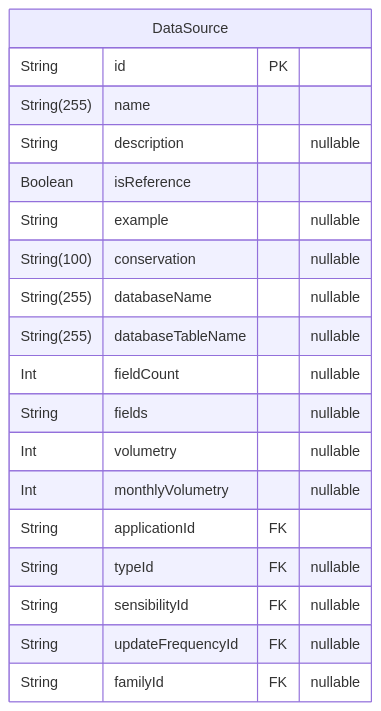
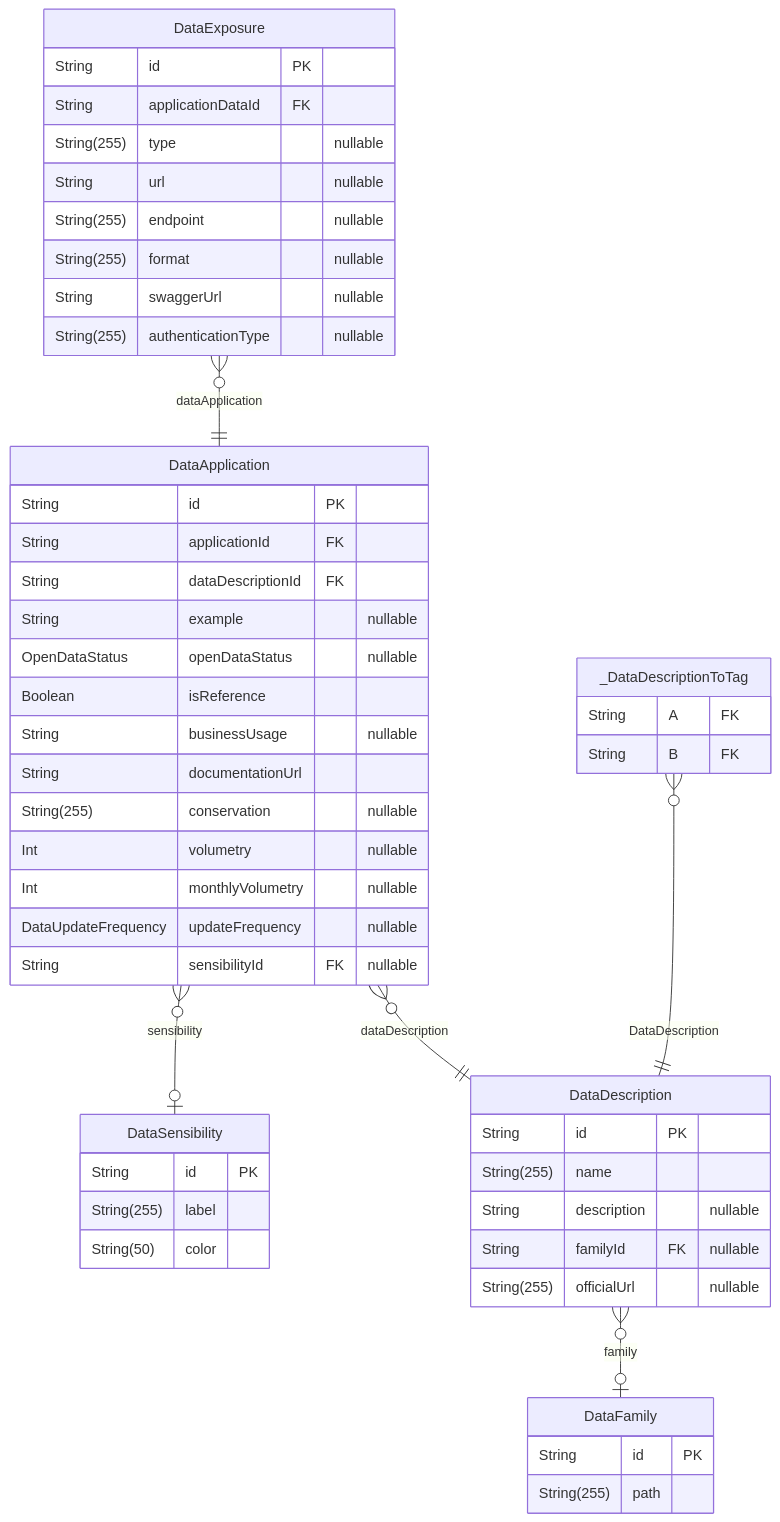
The fourth of 13 diagrams in backend/prisma/docs/schema.md (dnum-mi/referentiel-applications), drawn with Mermaid before and after one commit. The commit also changed other lines of this file and 40 other files, not shown here.

````diff
--- a/backend/prisma/docs/schema.md
+++ b/backend/prisma/docs/schema.md
@@ -363,22 +377,53 @@
 ```mermaid
 erDiagram
-"DataSource" {
+"DataFamily" {
+  String id PK
+  String(255) path
+}
+"DataSensibility" {
+  String id PK
+  String(255) label
+  String(50) color
+}
+"DataDescription" {
   String id PK
   String(255) name
   String description "nullable"
+  String familyId FK "nullable"
+  String(255) officialUrl "nullable"
+}
+"DataApplication" {
+  String id PK
+  String applicationId FK
+  String dataDescriptionId FK
+  String example "nullable"
+  OpenDataStatus openDataStatus "nullable"
   Boolean isReference
-  String example "nullable"
-  String(100) conservation "nullable"
-  String(255) databaseName "nullable"
-  String(255) databaseTableName "nullable"
-  Int fieldCount "nullable"
-  String fields "nullable"
+  String businessUsage "nullable"
+  String documentationUrl
+  String(255) conservation "nullable"
   Int volumetry "nullable"
   Int monthlyVolumetry "nullable"
-  String applicationId FK
-  String typeId FK "nullable"
+  DataUpdateFrequency updateFrequency "nullable"
   String sensibilityId FK "nullable"
-  String updateFrequencyId FK "nullable"
-  String familyId FK "nullable"
 }
+"DataExposure" {
+  String id PK
+  String applicationDataId FK
+  String(255) type "nullable"
+  String url "nullable"
+  String(255) endpoint "nullable"
+  String(255) format "nullable"
+  String swaggerUrl "nullable"
+  String(255) authenticationType "nullable"
+}
+"_DataDescriptionToTag" {
+  String A FK
+  String B FK
+}
+"DataDescription" }o--o| "DataFamily" : family
+"DataApplication" }o--|| "DataDescription" : dataDescription
+"DataApplication" }o--o| "DataSensibility" : sensibility
+"DataExposure" }o--|| "DataApplication" : dataApplication
+"_DataDescriptionToTag" }o--|| "DataDescription" : DataDescription
 ```
````
